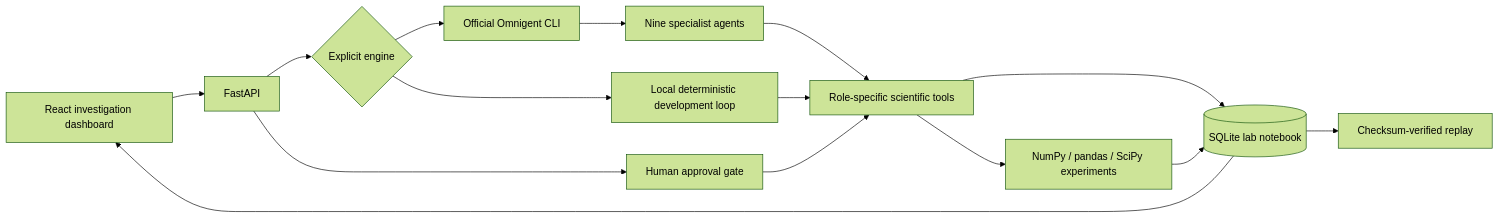
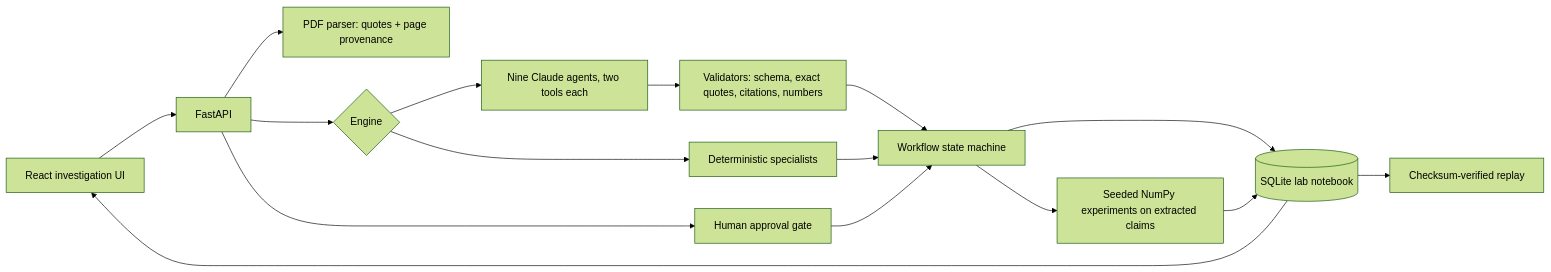
One commit to saivp08/contradiction-lab changed the diagram in README.md. Above: the diagram before and after it, drawn with Mermaid (forest theme). The commit also changed other lines of this file and 52 other files, not shown here.

````diff
--- a/README.md
+++ b/README.md
@@ -88,17 +62,18 @@
 ```mermaid
 flowchart LR
-  UI[React investigation dashboard] --> API[FastAPI]
+  UI[React investigation UI] --> API[FastAPI]
+  API --> Parse[PDF parser: quotes + page provenance]
   API --> Gate[Human approval gate]
-  API --> Mode{Explicit engine}
-  Mode --> OM[Official Omnigent CLI]
-  Mode --> Local[Local deterministic development loop]
-  OM --> Agents[Nine specialist agents]
-  Agents --> Tools[Role-specific scientific tools]
-  Local --> Tools
-  Gate --> Tools
-  Tools --> Py[NumPy / pandas / SciPy experiments]
-  Tools --> DB[(SQLite lab notebook)]
+  API --> Mode{Engine}
+  Mode --> Claude[Nine Claude agents, two tools each]
+  Mode --> Local[Deterministic specialists]
+  Claude --> Validate[Validators: schema, exact quotes, citations, numbers]
+  Validate --> State[Workflow state machine]
+  Local --> State
+  Gate --> State
+  State --> Py[Seeded NumPy experiments on extracted claims]
+  State --> DB[(SQLite lab notebook)]
   Py --> DB
   DB --> Replay[Checksum-verified replay]
   DB --> UI
 ```
````
